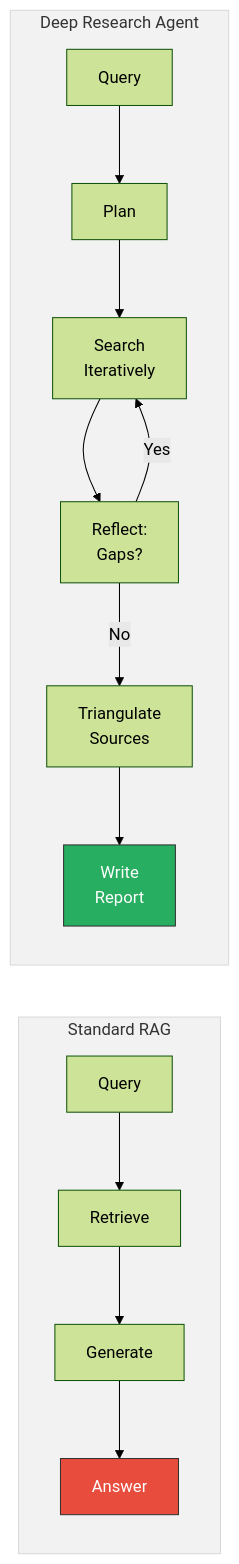
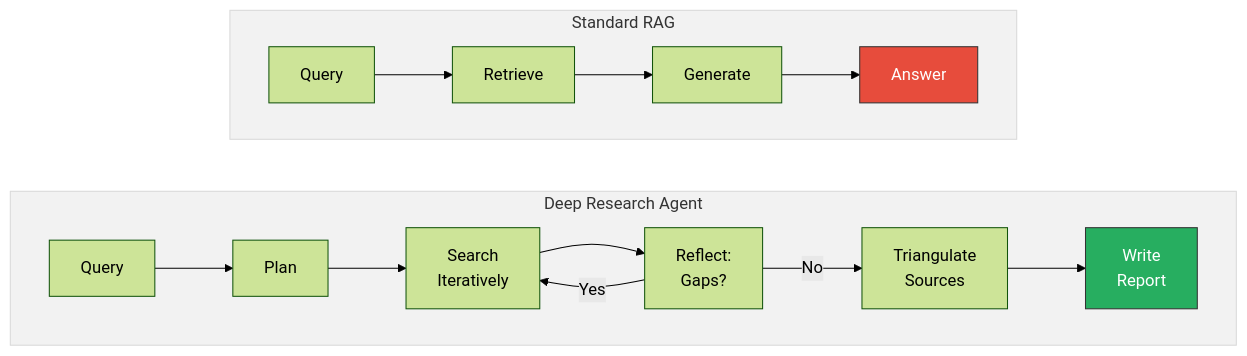
The first of 5 diagrams in posts/agent/Deep-Research-Agents-from-RAG-to-Autonomous-Investigation.qmd (tanquangduong/tanquangduong.github.io), drawn with Mermaid (forest theme) before and after one commit. The commit also changed other lines of this file and 11 other files, not shown here.

````diff
--- a/posts/agent/Deep-Research-Agents-from-RAG-to-Autonomous-Investigation.qmd
+++ b/posts/agent/Deep-Research-Agents-from-RAG-to-Autonomous-Investigation.qmd
@@ -64,20 +64,22 @@
 ```{mermaid}
-graph LR
+graph TD
     subgraph RAG["Standard RAG"]
         A1["Query"] --> B1["Retrieve"] --> C1["Generate"] --> D1["Answer"]
     end
 
     subgraph DR["Deep Research Agent"]
         A2["Query"] --> B2["Plan"]
         B2 --> C2["Search<br/>Iteratively"]
         C2 --> D2["Reflect:<br/>Gaps?"]
         D2 -->|Yes| C2
         D2 -->|No| E2["Triangulate<br/>Sources"]
         E2 --> F2["Write<br/>Report"]
     end
 
+    RAG ~~~ DR
+
     style RAG fill:#F2F2F2,stroke:#D9D9D9
     style DR fill:#F2F2F2,stroke:#D9D9D9
     style D1 fill:#e74c3c,color:#fff,stroke:#333
     style F2 fill:#27ae60,color:#fff,stroke:#333
 ```
````
